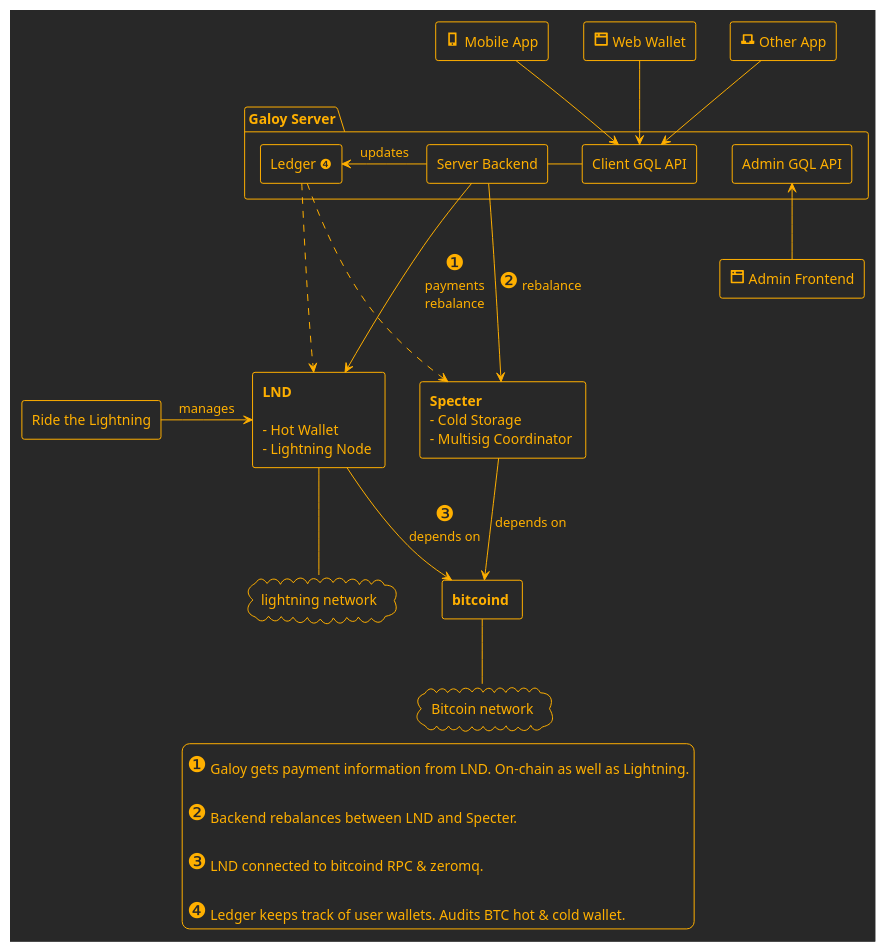
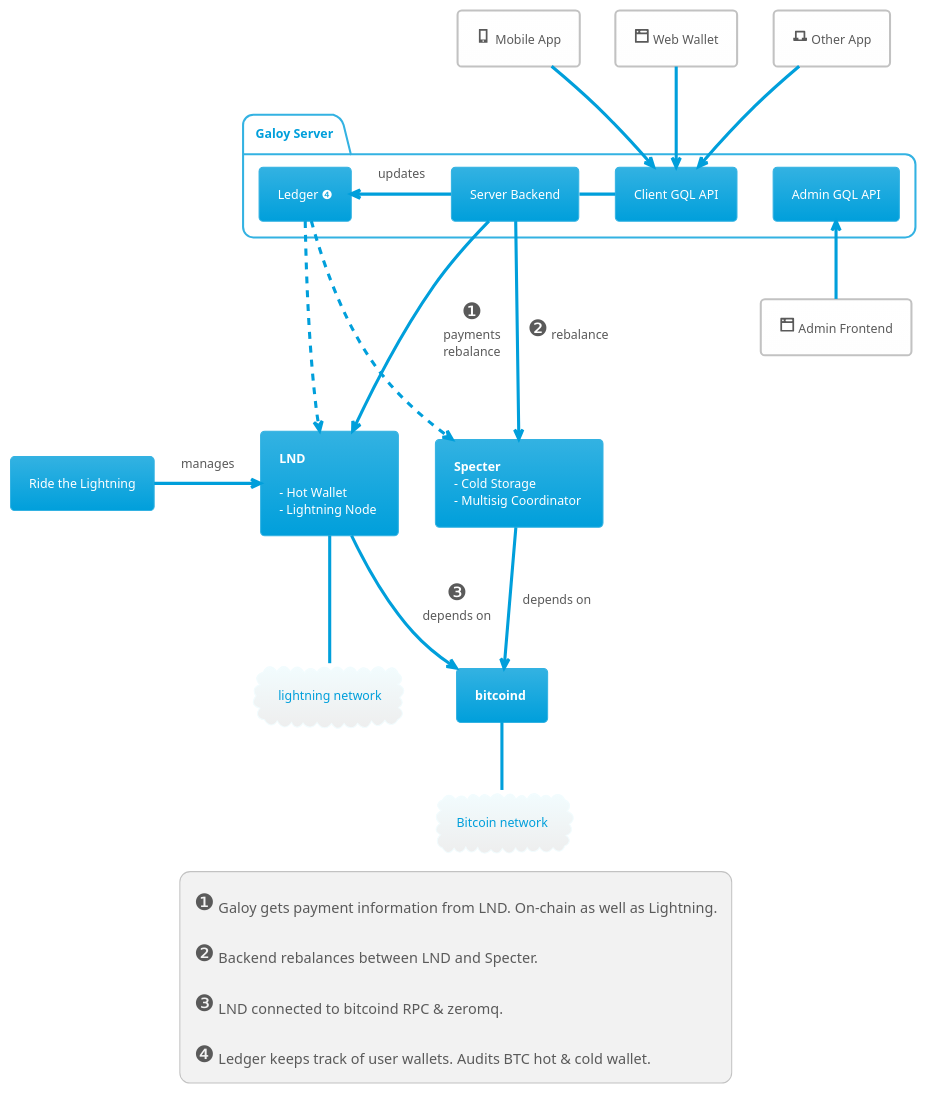
The diagram in architecture.iuml (GaloyMoney/blink), drawn with PlantUML before and after one commit.

Commit message:
chore: update uml theme

```diff
--- a/architecture.iuml
+++ b/architecture.iuml
@@ -1,69 +1,69 @@
 @startuml
-!theme crt-amber
+!theme bluegray
 skinparam componentStyle rectangle
 
 '-----------components----------
 rectangle "<size:20><&browser></size> Admin Frontend" as AF
 rectangle "<size:20><&phone></size> Mobile App" as MA
 rectangle "<size:20><&browser></size> Web Wallet" as WW
 rectangle "<size:20><&laptop></size> Other App" as OA
 
 package "Galoy Server"{
 [Admin GQL API] as AA
 [Client GQL API] as GA
 [Ledger ❹] as LG
 [Server Backend] as SB
 }
 
 together {
 [Ride the Lightning] as RTL
 component LND [
 <b>LND
 
 - Hot Wallet
 - Lightning Node ]
   }
   component Specter[
   <b>Specter
 - Cold Storage
 - Multisig Coordinator ]
 
 component bitcoind[
 **bitcoind** ]
 
 cloud "lightning network" as lightning
 cloud "Bitcoin network" as btcnet
 
 '-----------connections----------
 'Galoy Server Connections
 AF -u-> AA
 MA --> GA
 WW --> GA
 OA --> GA
 'For better formatting
 GA -[hidden]r- AA
 
 SB - GA
 LG <- SB : updates
 
 LG ...> LND
 LG ...> Specter
 
 SB --> LND : <size:22>❶</size>\npayments\nrebalance
 SB --> Specter : <size:22>❷</size> rebalance
 LND -- lightning
 RTL -r-> LND : manages
 Specter --> bitcoind : depends on
 LND --> bitcoind : <size:22>❸</size>\ndepends on
 bitcoind -- btcnet
 
 legend
 <size:22>❶</size> Galoy gets payment information from LND. On-chain as well as Lightning.
 
 <size:22>❷</size> Backend rebalances between LND and Specter.
 
 <size:22>❸</size> LND connected to bitcoind RPC & zeromq.
 
 <size:22>❹</size> Ledger keeps track of user wallets. Audits BTC hot & cold wallet.
 endlegend
 @enduml
```
